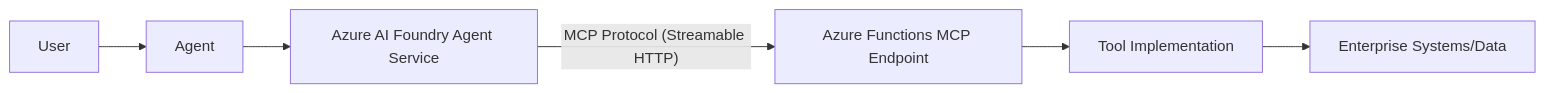
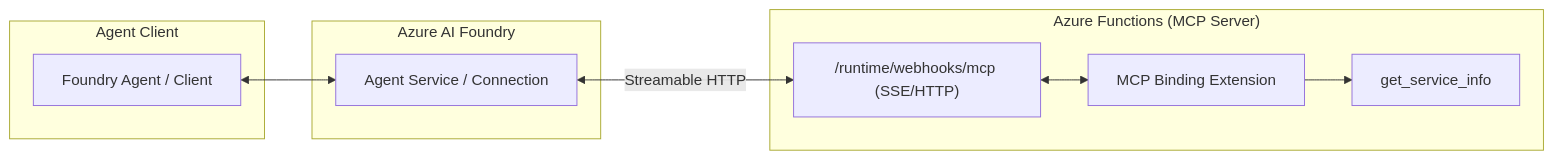
Before and after one commit to wildersa/azure_ref_kit: the diagram in building-blocks/mcp/azure-functions-mcp-endpoint/README.md, drawn with Mermaid. The commit also changed other lines of this file and 5 other files, not shown here.

First line of the commit message:
feat(mcp): add Azure Functions MCP endpoint reference

````diff
--- a/building-blocks/mcp/azure-functions-mcp-endpoint/README.md
+++ b/building-blocks/mcp/azure-functions-mcp-endpoint/README.md
@@ -20,8 +10,21 @@
 ```mermaid
 flowchart LR
-    User --> Agent
-    Agent --> Foundry[Azure AI Foundry Agent Service]
-    Foundry -- MCP Protocol (Streamable HTTP) --> Functions[Azure Functions MCP Endpoint]
-    Functions --> ToolLogic[Tool Implementation]
-    ToolLogic --> Enterprise[Enterprise Systems/Data]
+    subgraph "Agent Client"
+        Agent[Foundry Agent / Client]
+    end
+
+    subgraph "Azure AI Foundry"
+        Foundry[Agent Service / Connection]
+    end
+
+    subgraph "Azure Functions (MCP Server)"
+        Endpoint["/runtime/webhooks/mcp (SSE/HTTP)"]
+        Extension[MCP Binding Extension]
+        Tool1[get_service_info]
+    end
+
+    Agent <--> Foundry
+    Foundry <-->|Streamable HTTP| Endpoint
+    Endpoint <--> Extension
+    Extension --> Tool1
 ```
````
